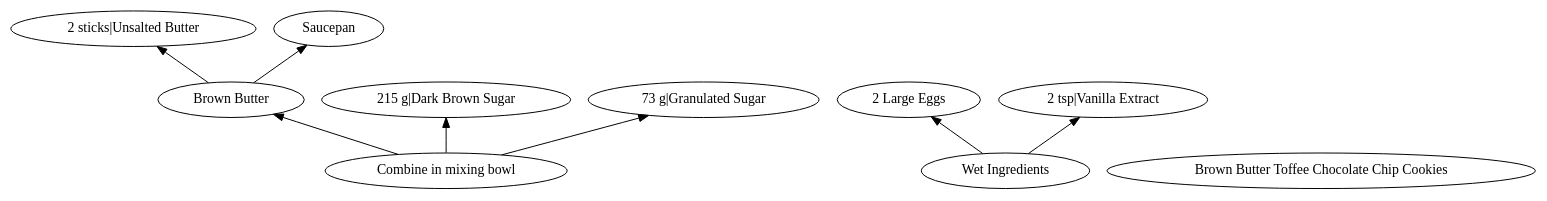
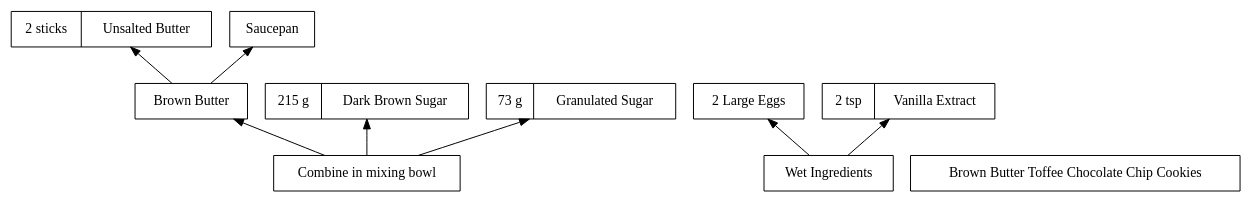
Before and after one commit to isaacsanders/recipes-as-dependency-graphs: the diagram in bon-appetit/brown-butter-toffee-chocolate-chip-cookies/recipe.dot, drawn with Graphviz.

```diff
--- a/bon-appetit/brown-butter-toffee-chocolate-chip-cookies/recipe.dot
+++ b/bon-appetit/brown-butter-toffee-chocolate-chip-cookies/recipe.dot
@@ -1,21 +1,21 @@
 digraph recipe {
-rankdir=BT
-  node [type=record];
+  rankdir=BT;
+  node [shape=record];
   butter [label="2 sticks|Unsalted Butter"];
   saucepan [type=diamond, label="Saucepan"];
   brown_butter [label="Brown Butter"];
   brown_butter -> butter;
   brown_butter -> saucepan;
   dark_brown_sugar [label="215 g|Dark Brown Sugar"];
   granulated_sugar [label="73 g|Granulated Sugar"];
   sugar_and_butter [label="Combine in mixing bowl"];
   sugar_and_butter -> dark_brown_sugar;
   sugar_and_butter -> granulated_sugar;
   sugar_and_butter -> brown_butter;
   eggs [label="2 Large Eggs"];
   vanilla [label="2 tsp|Vanilla Extract"];
   wet_ingredients [label="Wet Ingredients"];
   wet_ingredients -> eggs;
   wet_ingredients -> vanilla;
   cookies [label="Brown Butter Toffee Chocolate Chip Cookies"];
 }
```
